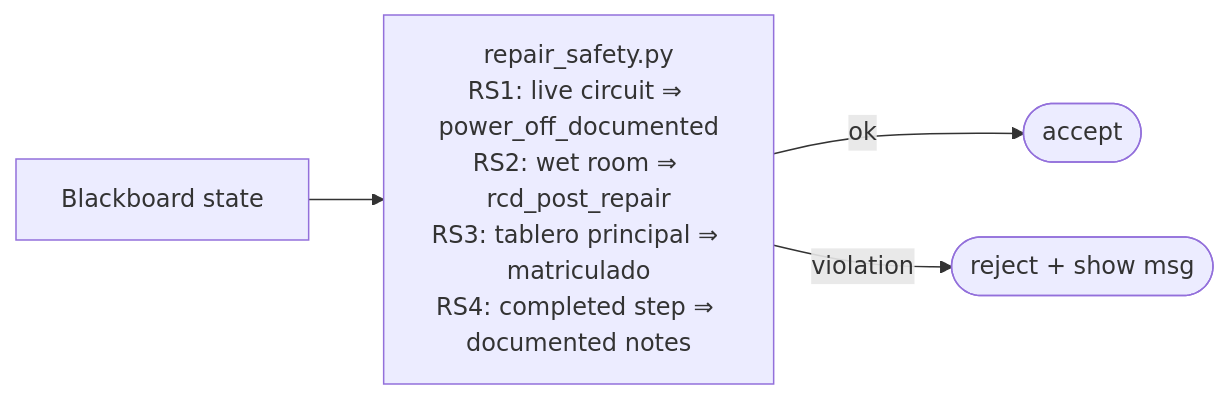
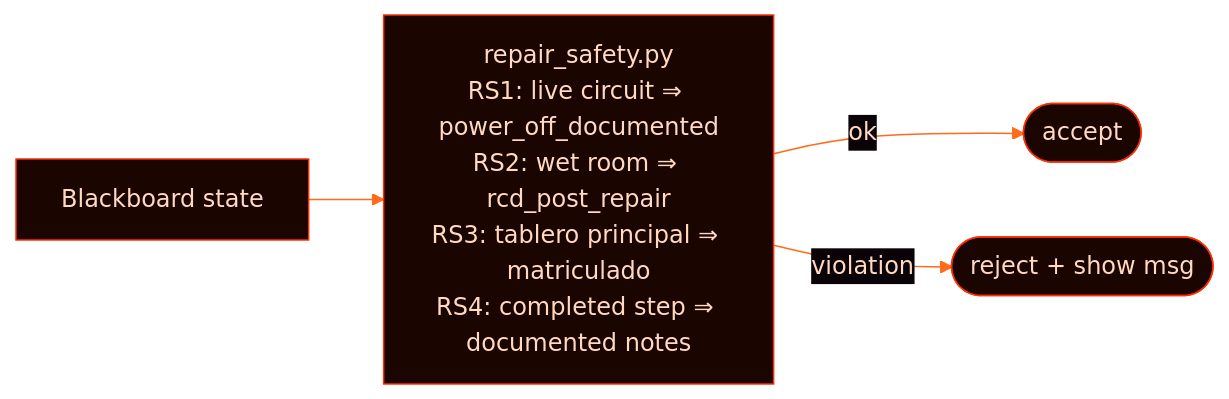
Before and after one commit to EvolvingAgentsLabs/skillos_mini: the third of 12 diagrams in docs/ARCHITECTURE.md, drawn with Mermaid. The commit also changed other lines of this file and 9 other files, not shown here.

````diff
--- a/docs/ARCHITECTURE.md
+++ b/docs/ARCHITECTURE.md
@@ -125,6 +136,7 @@
 ```mermaid
+%%{init: {'theme':'base', 'themeVariables': {'primaryColor':'#1a0500','primaryTextColor':'#ffd9c2','primaryBorderColor':'#ff2d00','lineColor':'#ff6b1a','secondaryColor':'#001a24','tertiaryColor':'#0a0408','background':'#0a0408','mainBkg':'#1a0500','clusterBkg':'#0a0408','edgeLabelBackground':'#0a0408','fontFamily':'ui-monospace, monospace'}}}%%
 flowchart LR
     BB[Blackboard state] --> RS["repair_safety.py<br/>RS1: live circuit ⇒ power_off_documented<br/>RS2: wet room ⇒ rcd_post_repair<br/>RS3: tablero principal ⇒ matriculado<br/>RS4: completed step ⇒ documented notes"]
     RS -- ok --> Pass([accept])
     RS -- violation --> Fail([reject + show msg])
 ```
````
